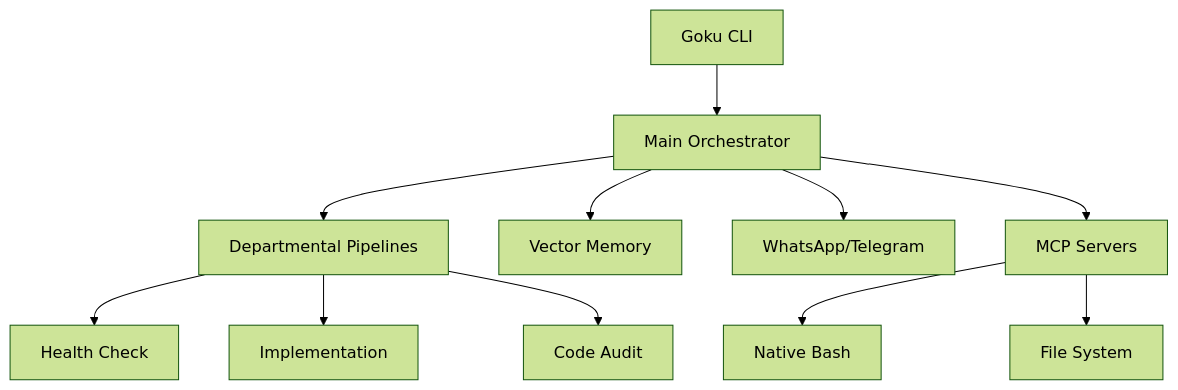
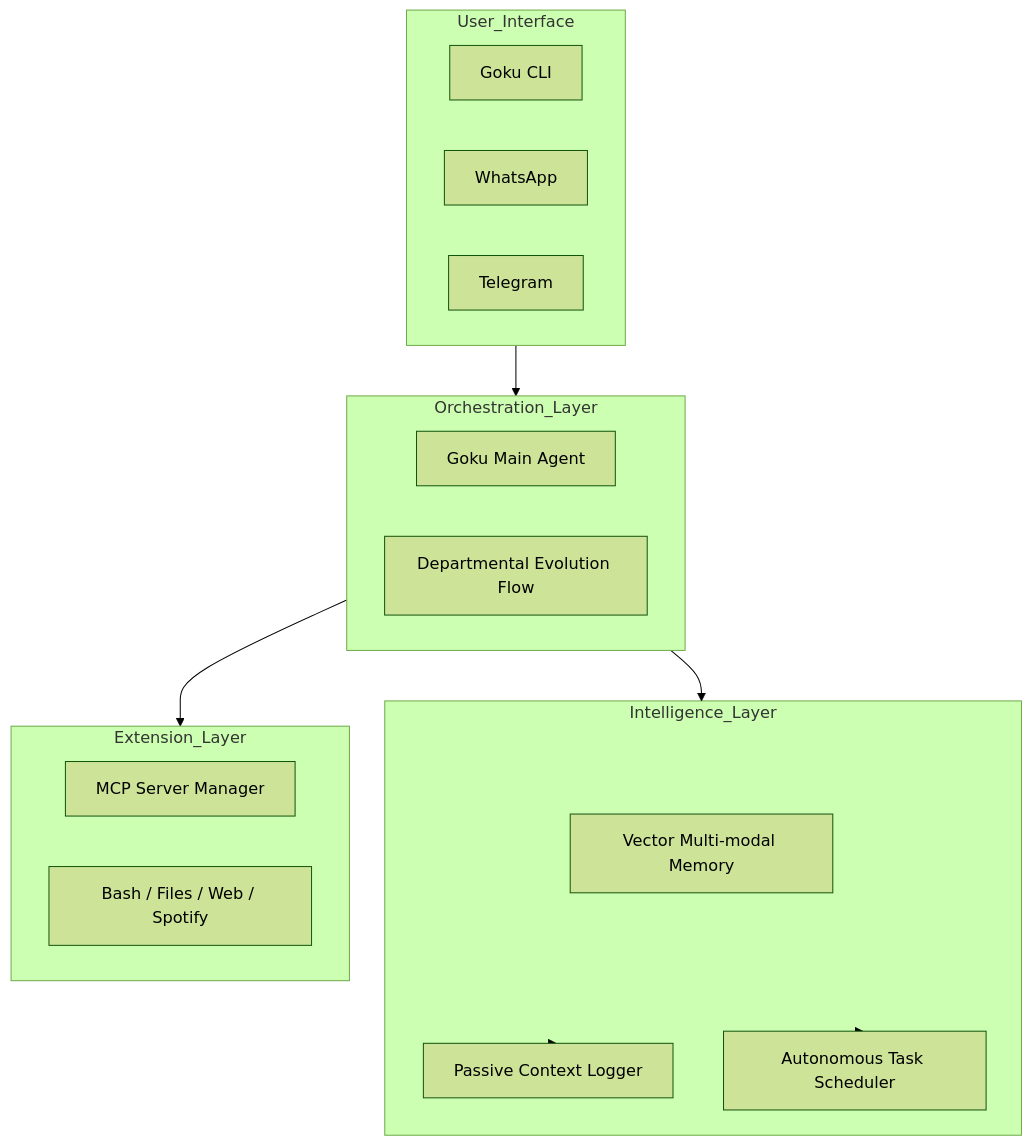
The diagram in README.md (elvisthebuilder/gokuu), drawn with Mermaid (forest theme) before and after one commit. The commit also changed other lines of this file, not shown here.

````diff
--- a/README.md
+++ b/README.md
@@ -25,15 +50,30 @@
 ```mermaid
 graph TD
-    CLI[Goku CLI] --> Agent[Main Orchestrator]
-    Agent --> DEF[Departmental Pipelines]
-    Agent --> Memory[Vector Memory]
-    Agent --> Channel[WhatsApp/Telegram]
-    
-    DEF --> Health[Health Check]
-    DEF --> Implement[Implementation]
-    DEF --> Audit[Code Audit]
-    
-    Agent --> MCP[MCP Servers]
-    MCP --> Bash[Native Bash]
-    MCP --> Files[File System]
+    subgraph User_Interface
+        CLI[Goku CLI]
+        WA[WhatsApp]
+        TG[Telegram]
+    end
+
+    subgraph Orchestration_Layer
+        Agent[Goku Main Agent]
+        DEF[Departmental Evolution Flow]
+    end
+
+    subgraph Intelligence_Layer
+        Memory[Vector Multi-modal Memory]
+        Passive[Passive Context Logger]
+        Scheduler[Autonomous Task Scheduler]
+    end
+
+    subgraph Extension_Layer
+        MCP[MCP Server Manager]
+        Tools[Bash / Files / Web / Spotify]
+    end
+
+    User_Interface --> Orchestration_Layer
+    Orchestration_Layer --> Intelligence_Layer
+    Orchestration_Layer --> Extension_Layer
+    Intelligence_Layer --> Passive
+    Intelligence_Layer --> Scheduler
 ```
````
